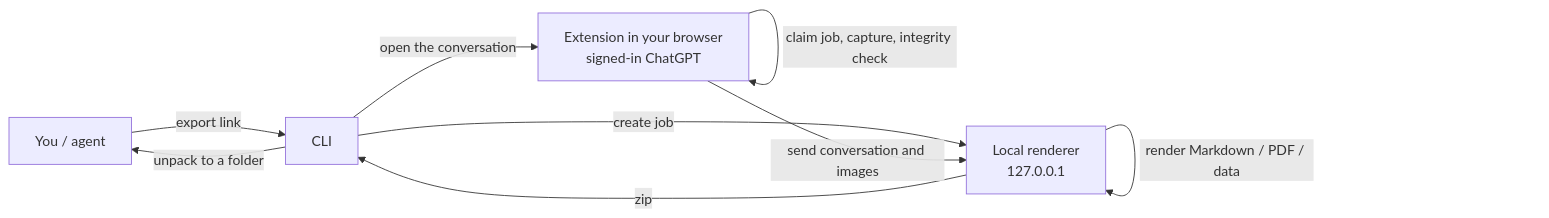
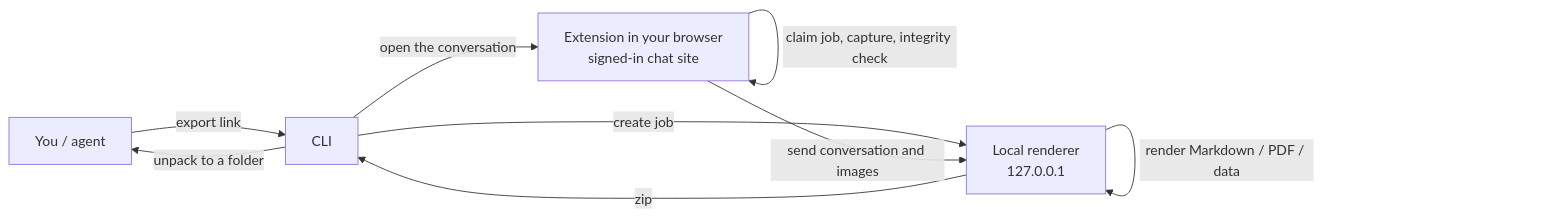
Before and after one commit to amethyst-cosmos/convo-vault: the diagram in README.md, drawn with Mermaid. The commit also changed other lines of this file and 21 other files, not shown here.

First line of the commit message:
docs: describe Convo Vault as a chat exporter for ChatGPT, Grok and Gemini (0.15.1)

````diff
--- a/README.md
+++ b/README.md
@@ -157,11 +169,11 @@
 ```mermaid
 flowchart LR
     A["You / agent"] -->|"export link"| B["CLI"]
     B -->|"create job"| C["Local renderer<br/>127.0.0.1"]
-    B -->|"open the conversation"| D["Extension in your browser<br/>signed-in ChatGPT"]
+    B -->|"open the conversation"| D["Extension in your browser<br/>signed-in chat site"]
     D -->|"claim job, capture, integrity check"| D
     D -->|"send conversation and images"| C
     C -->|"render Markdown / PDF / data"| C
     C -->|"zip"| B
     B -->|"unpack to a folder"| A
 ```
````
